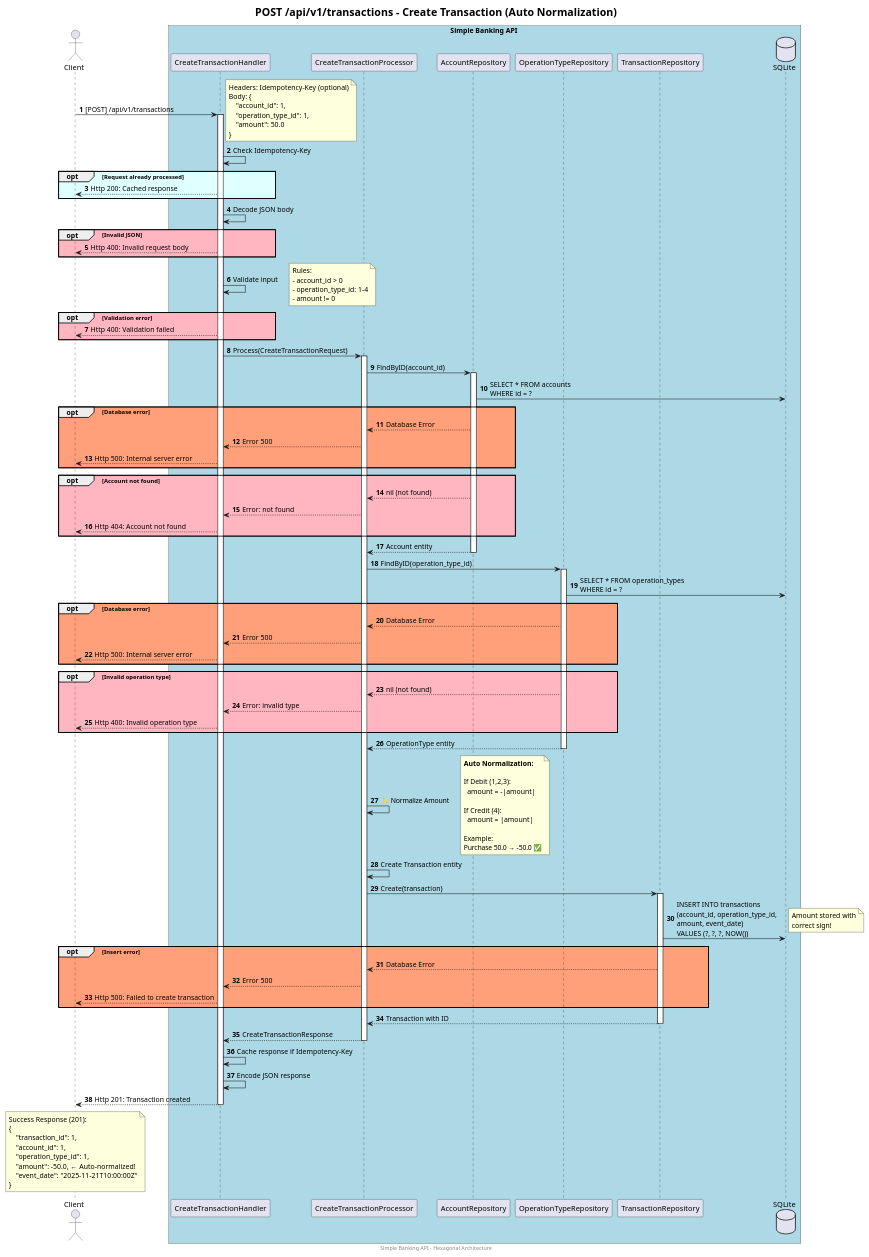
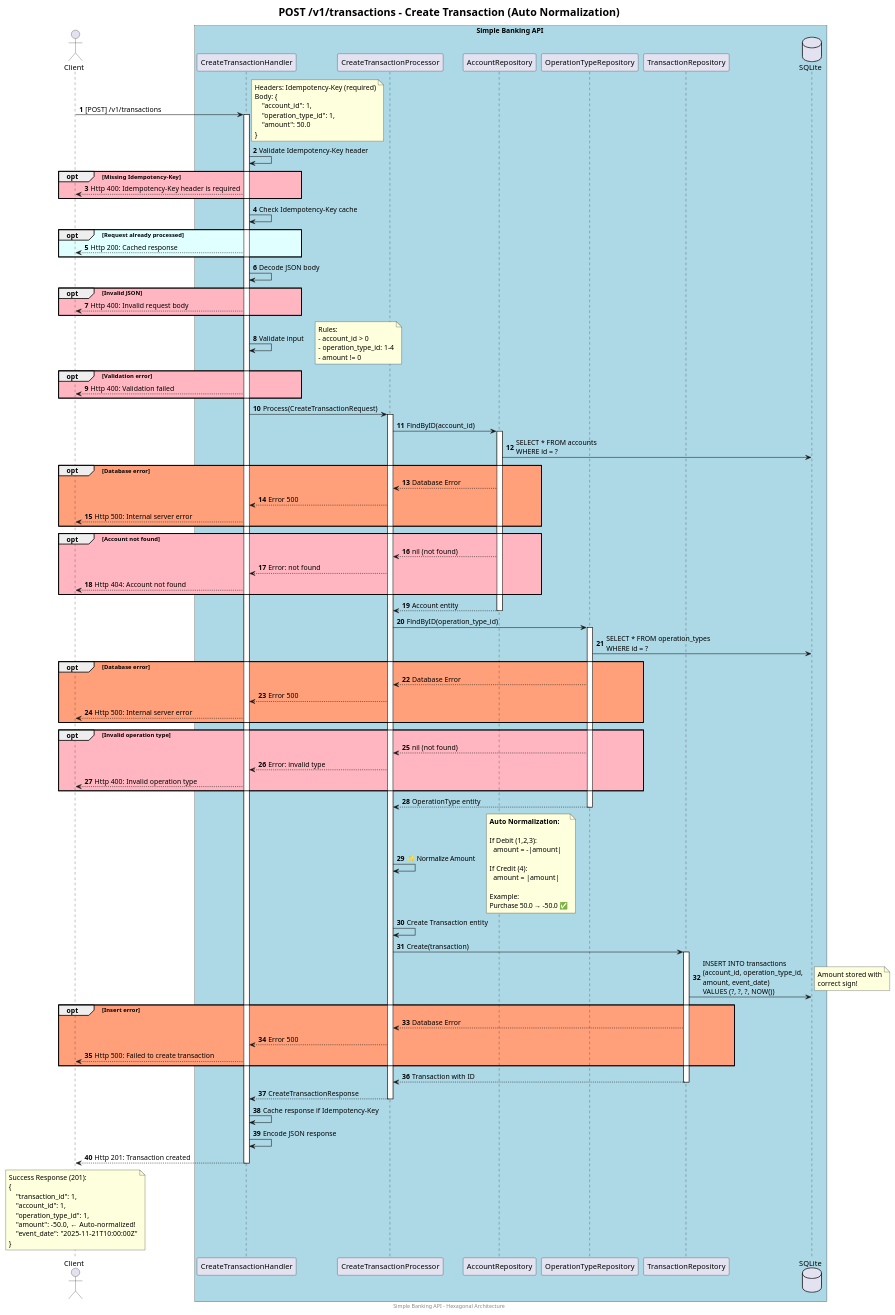
The diagram in docs/sequence-diagrams/endpoint-create-transaction.puml (larissamartinsss/simple-banking-api), drawn with PlantUML before and after one commit. The commit also changed 12 other files, not shown here.

```diff
--- a/docs/sequence-diagrams/endpoint-create-transaction.puml
+++ b/docs/sequence-diagrams/endpoint-create-transaction.puml
@@ -1,144 +1,149 @@
 @startuml create-transaction-sequence
 footer Simple Banking API - Hexagonal Architecture
-title <size:20>POST /api/v1/transactions - Create Transaction (Auto Normalization)</size>
+title <size:20>POST /v1/transactions - Create Transaction (Auto Normalization)</size>
 
 autonumber
 
 actor Client
 
 box Simple Banking API #lightblue
     participant "CreateTransactionHandler" as Handler
     participant "CreateTransactionProcessor" as Processor
     participant "AccountRepository" as AccRepo
     participant "OperationTypeRepository" as OpRepo
     participant "TransactionRepository" as TxRepo
     database SQLite
 end box
 
-Client -> Handler: [POST] /api/v1/transactions
+Client -> Handler: [POST] /v1/transactions
 note right
-    Headers: Idempotency-Key (optional)
+    Headers: Idempotency-Key (required)
     Body: {
         "account_id": 1,
         "operation_type_id": 1,
         "amount": 50.0
     }
 end note
 
 activate Handler
 
-    Handler -> Handler: Check Idempotency-Key
+    Handler -> Handler: Validate Idempotency-Key header
+    opt #LightPink Missing Idempotency-Key
+        Client <-- Handler: Http 400: Idempotency-Key header is required
+    end
+
+    Handler -> Handler: Check Idempotency-Key cache
     opt #LightCyan Request already processed
         Client <-- Handler: Http 200: Cached response
     end
 
     Handler -> Handler: Decode JSON body
     opt #LightPink Invalid JSON
         Client <-- Handler: Http 400: Invalid request body
     end
 
     Handler -> Handler: Validate input
     note right
         Rules:
         - account_id > 0
         - operation_type_id: 1-4
         - amount != 0
     end note
     
     opt #LightPink Validation error
         Client <-- Handler: Http 400: Validation failed
     end
 
     Handler -> Processor: Process(CreateTransactionRequest)
     activate Processor
 
         Processor -> AccRepo: FindByID(account_id)
         activate AccRepo
             AccRepo -> SQLite: SELECT * FROM accounts\nWHERE id = ?
             
             opt #LightSalmon Database error
                 Processor <-- AccRepo: Database Error
                 Handler <-- Processor: Error 500
                 Client <-- Handler: Http 500: Internal server error
             end
             
             opt #LightPink Account not found
                 Processor <-- AccRepo: nil (not found)
                 Handler <-- Processor: Error: not found
                 Client <-- Handler: Http 404: Account not found
             end
             
             Processor <-- AccRepo: Account entity
         deactivate AccRepo
 
         Processor -> OpRepo: FindByID(operation_type_id)
         activate OpRepo
             OpRepo -> SQLite: SELECT * FROM operation_types\nWHERE id = ?
             
             opt #LightSalmon Database error
                 Processor <-- OpRepo: Database Error
                 Handler <-- Processor: Error 500
                 Client <-- Handler: Http 500: Internal server error
             end
             
             opt #LightPink Invalid operation type
                 Processor <-- OpRepo: nil (not found)
                 Handler <-- Processor: Error: invalid type
                 Client <-- Handler: Http 400: Invalid operation type
             end
             
             Processor <-- OpRepo: OperationType entity
         deactivate OpRepo
 
         Processor -> Processor: ✨ Normalize Amount
         note right
             **Auto Normalization:**
             
             If Debit (1,2,3):
               amount = -|amount|
             
             If Credit (4):
               amount = |amount|
             
             Example:
             Purchase 50.0 → -50.0 ✅
         end note
 
         Processor -> Processor: Create Transaction entity
 
         Processor -> TxRepo: Create(transaction)
         activate TxRepo
             TxRepo -> SQLite: INSERT INTO transactions\n(account_id, operation_type_id,\namount, event_date)\nVALUES (?, ?, ?, NOW())
             note right: Amount stored with\ncorrect sign!
             
             opt #LightSalmon Insert error
                 Processor <-- TxRepo: Database Error
                 Handler <-- Processor: Error 500
                 Client <-- Handler: Http 500: Failed to create transaction
             end
             
             Processor <-- TxRepo: Transaction with ID
         deactivate TxRepo
 
         Handler <-- Processor: CreateTransactionResponse
     deactivate Processor
 
     Handler -> Handler: Cache response if Idempotency-Key
     Handler -> Handler: Encode JSON response
 
     Client <-- Handler: Http 201: Transaction created
 
 deactivate Handler
 
 note over Client
     Success Response (201):
     {
         "transaction_id": 1,
         "account_id": 1,
         "operation_type_id": 1,
         "amount": -50.0,  ← Auto-normalized!
         "event_date": "2025-11-21T10:00:00Z"
     }
 end note
 
 @enduml
```
